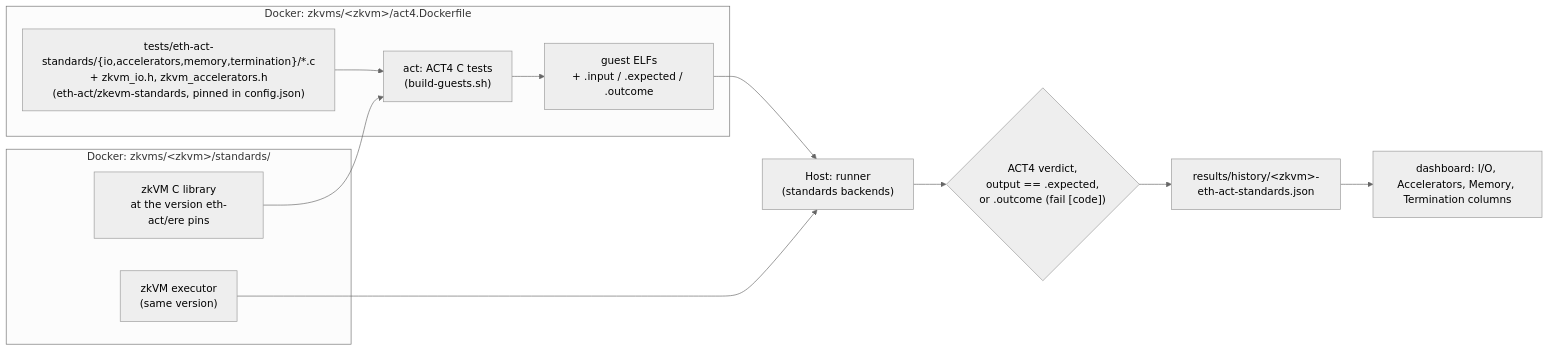
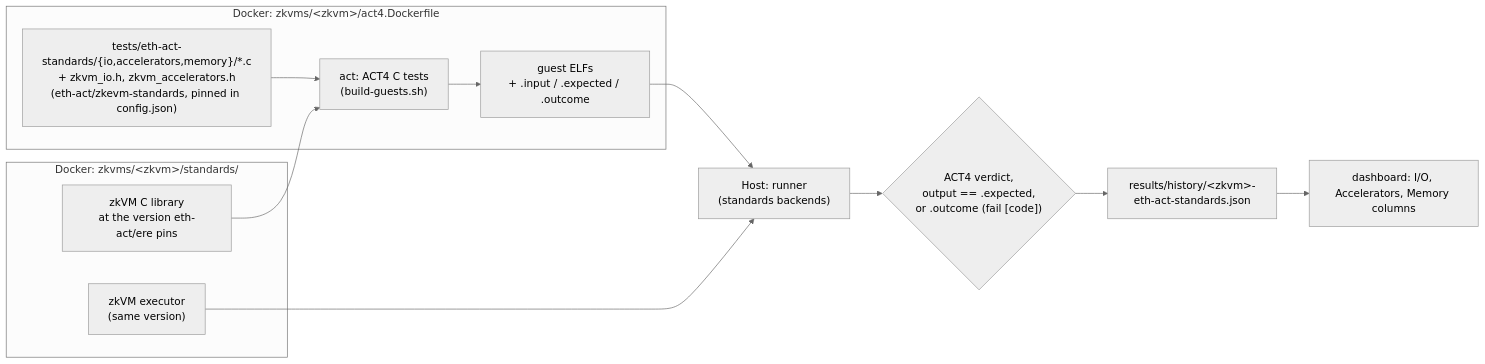
One commit to eth-act/zkevm-test-monitor changed the second of 2 diagrams in README.md. Above: the diagram before and after it, drawn with Mermaid (neutral theme). The commit also changed other lines of this file and 9 other files, not shown here.

First line of the commit message:
eth-act standards tests: move the termination tests to their own branch

````diff
--- a/README.md
+++ b/README.md
@@ -56,17 +56,17 @@
 ```mermaid
 flowchart LR
     subgraph image["Docker: zkvms/&lt;zkvm&gt;/standards/"]
         vendor["zkVM C library<br/>at the version eth-act/ere pins"]
         exe["zkVM executor<br/>(same version)"]
     end
     subgraph act["Docker: zkvms/&lt;zkvm&gt;/act4.Dockerfile"]
-        src["tests/eth-act-standards/{io,accelerators,memory,termination}/*.c<br/>+ zkvm_io.h, zkvm_accelerators.h<br/>(eth-act/zkevm-standards, pinned in config.json)"] --> build["act: ACT4 C tests<br/>(build-guests.sh)"]
+        src["tests/eth-act-standards/{io,accelerators,memory}/*.c<br/>+ zkvm_io.h, zkvm_accelerators.h<br/>(eth-act/zkevm-standards, pinned in config.json)"] --> build["act: ACT4 C tests<br/>(build-guests.sh)"]
         build --> elfs["guest ELFs<br/>+ .input / .expected / .outcome"]
     end
     vendor --> build
     elfs --> runner["Host: runner<br/>(standards backends)"]
     exe --> runner
     runner --> verdict{"ACT4 verdict,<br/>output == .expected,<br/>or .outcome (fail [code])"}
     verdict --> hist["results/history/&lt;zkvm&gt;-eth-act-standards.json"]
-    hist --> dash["dashboard: I/O, Accelerators, Memory, Termination columns"]
+    hist --> dash["dashboard: I/O, Accelerators, Memory columns"]
 ```
````
